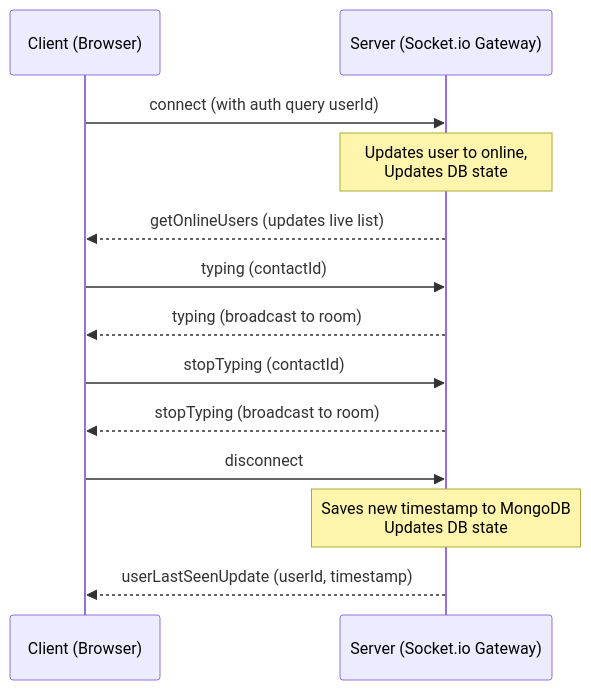
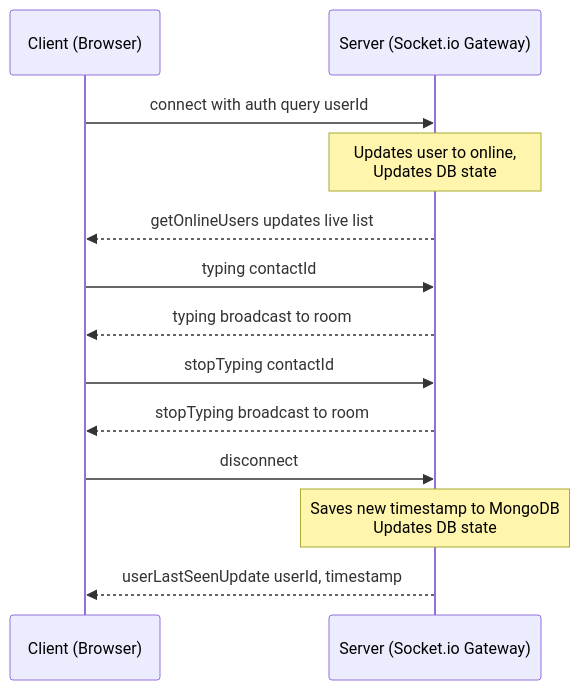
Before and after one commit to itscoderprince/Bakaiti: the second of 2 diagrams in README.md, drawn with Mermaid. The commit also changed other lines of this file, not shown here.

Commit message:
docs: update Mermaid diagrams in README for syntax consistency and readability

````diff
--- a/README.md
+++ b/README.md
@@ -121,19 +121,19 @@
 ```mermaid
 sequenceDiagram
     participant C as Client (Browser)
     participant S as Server (Socket.io Gateway)
     
-    C->>S: connect (with auth query userId)
+    C->>S: connect with auth query userId
     Note over S: Updates user to online,<br/>Updates DB state
-    S-->>C: getOnlineUsers (updates live list)
+    S-->>C: getOnlineUsers updates live list
     
-    C->>S: typing (contactId)
-    S-->>C: typing (broadcast to room)
+    C->>S: typing contactId
+    S-->>C: typing broadcast to room
     
-    C->>S: stopTyping (contactId)
-    S-->>C: stopTyping (broadcast to room)
+    C->>S: stopTyping contactId
+    S-->>C: stopTyping broadcast to room
     
     C->>S: disconnect
     Note over S: Saves new timestamp to MongoDB<br/>Updates DB state
-    S-->>C: userLastSeenUpdate (userId, timestamp)
+    S-->>C: userLastSeenUpdate userId, timestamp
 ```
````
